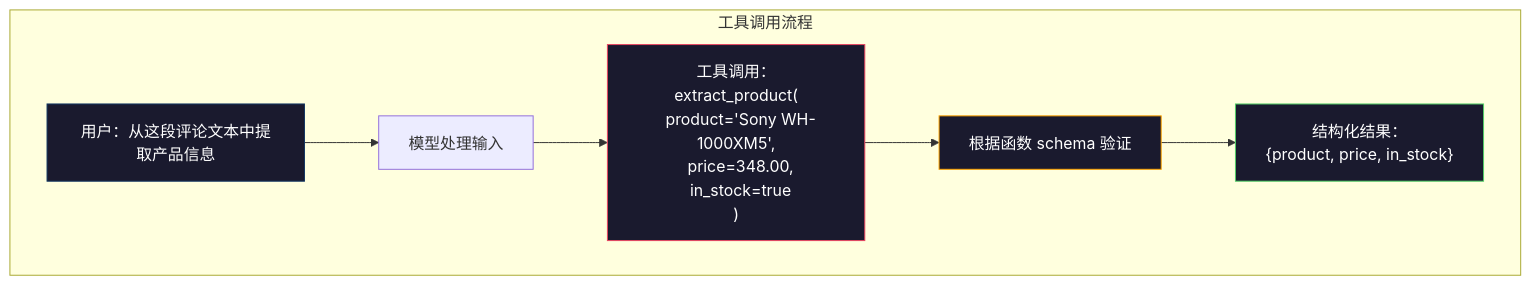
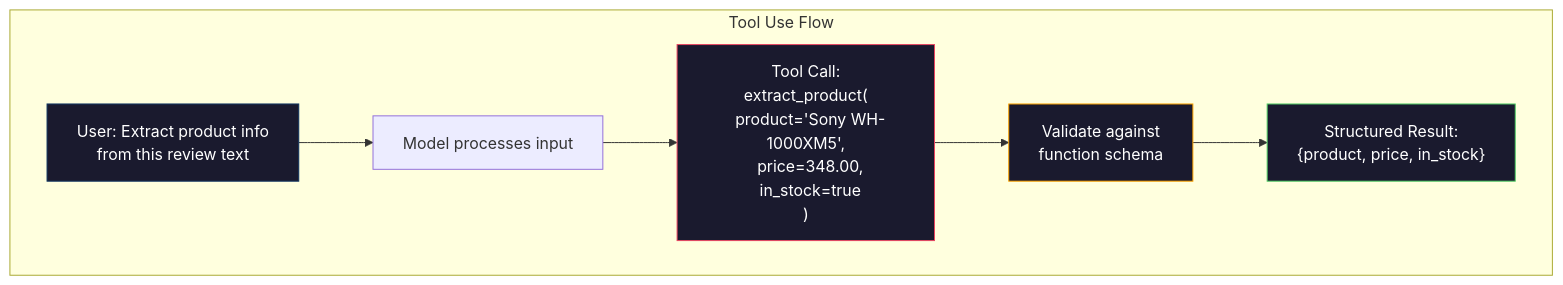
The second of 2 diagrams in i18n/zh/phases/11-llm-engineering/03-structured-outputs/docs/zh.md (xiaojiaenen/ai-engineering-from-scratch-zh), drawn with Mermaid before and after one commit. The commit also changed other lines of this file and 17 other files, not shown here.

````diff
--- a/i18n/zh/phases/11-llm-engineering/03-structured-outputs/docs/zh.md
+++ b/i18n/zh/phases/11-llm-engineering/03-structured-outputs/docs/zh.md
@@ -105,14 +105,14 @@
 ```mermaid
 graph TD
-    subgraph ToolUse["工具调用流程"]
-        U["用户：从这段评论文本中提取产品信息"] --> M["模型处理输入"]
-        M --> TC["工具调用：\nextract_product(\n  product='Sony WH-1000XM5',\n  price=348.00,\n  in_stock=true\n)"]
-        TC --> V["根据函数 schema 验证"]
-        V --> R["结构化结果：\n{product, price, in_stock}"]
+    subgraph ToolUse["Tool Use Flow"]
+        U["User: Extract product info\nfrom this review text"] --> M["Model processes input"]
+        M --> TC["Tool Call:\nextract_product(\n  product='Sony WH-1000XM5',\n  price=348.00,\n  in_stock=true\n)"]
+        TC --> V["Validate against\nfunction schema"]
+        V --> R["Structured Result:\n{product, price, in_stock}"]
     end
 
     style U fill:#1a1a2e,stroke:#0f3460,color:#fff
     style TC fill:#1a1a2e,stroke:#e94560,color:#fff
     style V fill:#1a1a2e,stroke:#ffa500,color:#fff
     style R fill:#1a1a2e,stroke:#51cf66,color:#fff
 ```
````
